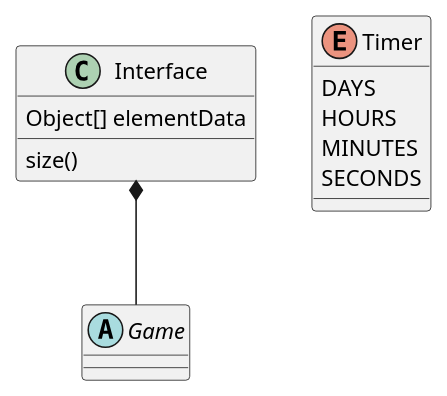
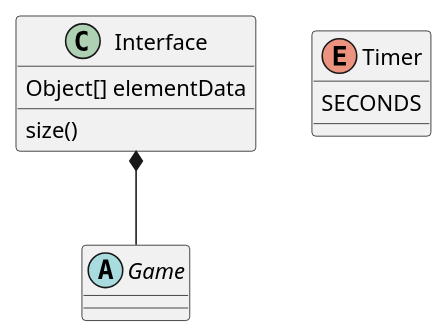
Before and after one commit to BlooDReDBulls/SNOOPY: the diagram in Version_1/src/snoopy.puml, drawn with PlantUML.

Commit message:
file uml

```diff
--- a/Version_1/src/snoopy.puml
+++ b/Version_1/src/snoopy.puml
@@ -1,21 +1,18 @@
 @startuml
 'https://plantuml.com/class-diagram
 
 abstract class Interface
 abstract Game
 
 Interface *-- Game
 
 class Interface {
 Object[] elementData
 size()
 }
 
 enum Timer {
-DAYS
-HOURS
-MINUTES
 SECONDS
 }
 
 @enduml
```
